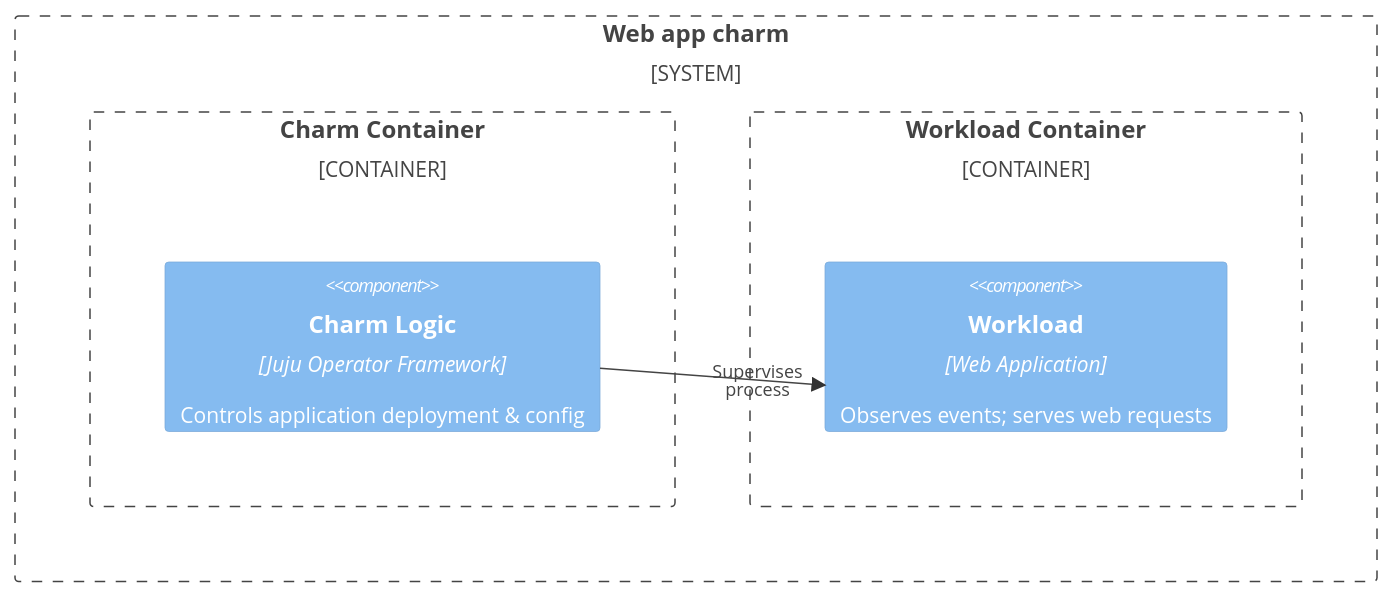
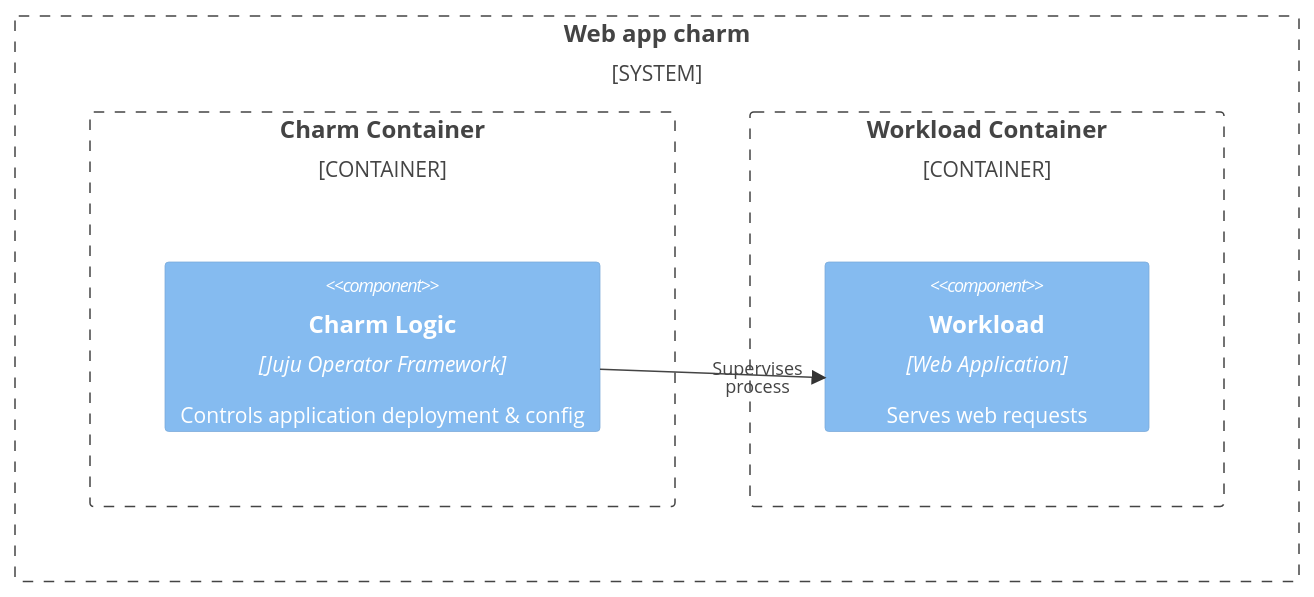
Before and after one commit to canonical/paas-charm: the diagram in docs/explanation/charm-architecture.rst, drawn with Mermaid.

Commit message:
minor rewording

```diff
--- a/docs/explanation/charm-architecture.rst
+++ b/docs/explanation/charm-architecture.rst
@@ -34,12 +34,12 @@
 .. mermaid::
 
    C4Container
    System_Boundary(web_app_charm, "Web app charm") {
       Container_Boundary(charm_container, "Charm Container") {
          Component(charm_logic, "Charm Logic", "Juju Operator Framework", "Controls application deployment & config")
       }
       Container_Boundary(web_app_container, "Workload Container") {
-         Component(workload, "Workload", "Web Application", "Observes events; serves web requests")
+         Component(workload, "Workload", "Web Application", "Serves web requests")
       }
    }
    Rel(charm_logic, workload, "Supervises<br>process")
```
